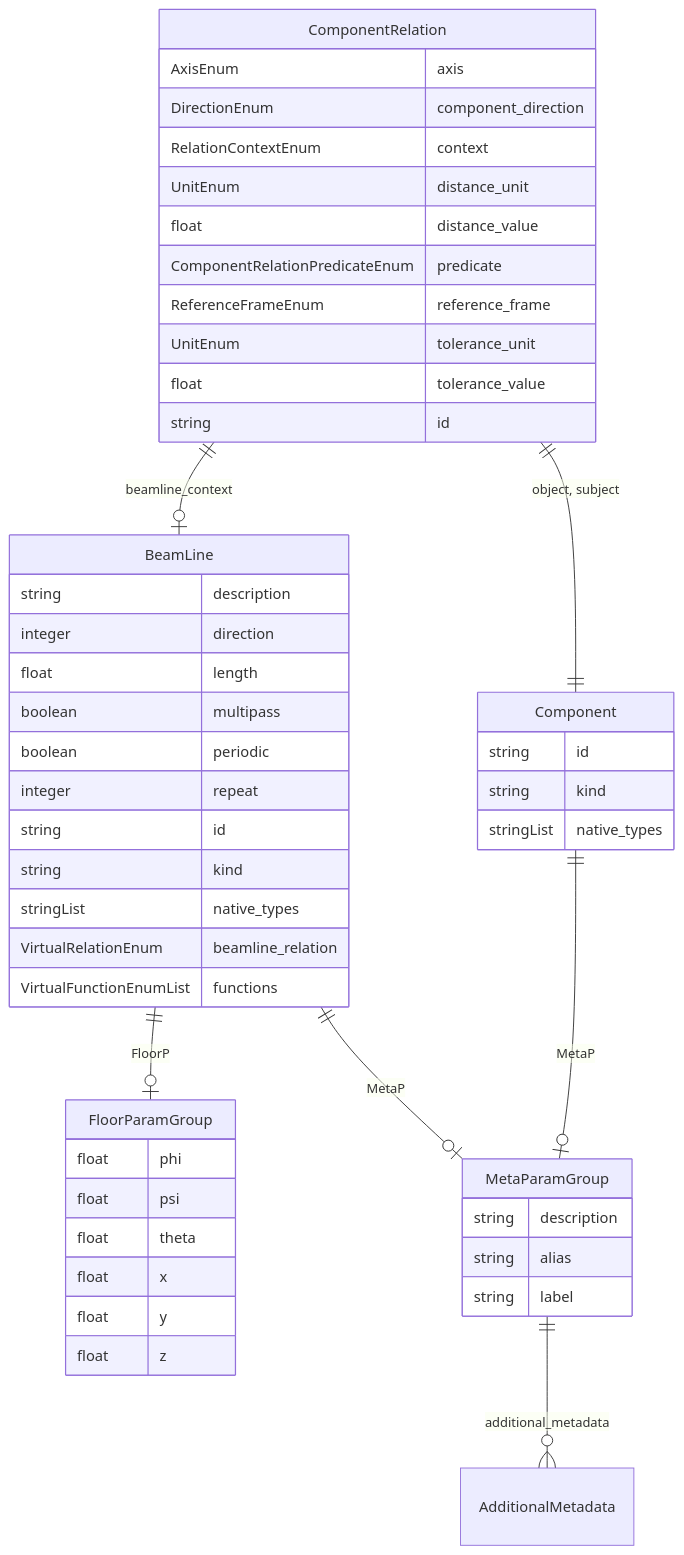
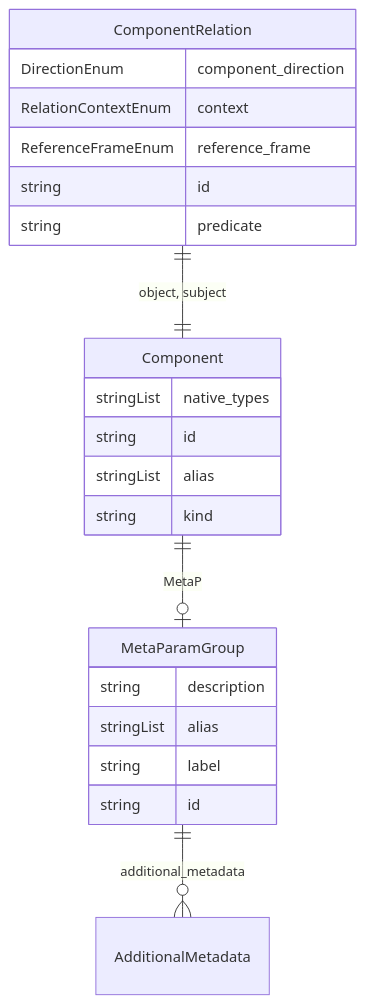
Before and after one commit to pals-project/pals-facility-config: the diagram in docs/elements/classes/ComponentRelation.md, drawn with Mermaid. The commit also changed other lines of this file and 499 other files, not shown here.

````diff
--- a/docs/elements/classes/ComponentRelation.md
+++ b/docs/elements/classes/ComponentRelation.md
@@ -15,54 +17,27 @@
 ```mermaid
 erDiagram
-BeamLine {
-    string description  
-    integer direction  
-    float length  
-    boolean multipass  
-    boolean periodic  
-    integer repeat  
+Component {
+    stringList native_types  
     string id  
+    stringList alias  
     string kind  
-    stringList native_types  
-    VirtualRelationEnum beamline_relation  
-    VirtualFunctionEnumList functions  
-}
-Component {
-    string id  
-    string kind  
-    stringList native_types  
 }
 ComponentRelation {
-    AxisEnum axis  
     DirectionEnum component_direction  
     RelationContextEnum context  
-    UnitEnum distance_unit  
-    float distance_value  
-    ComponentRelationPredicateEnum predicate  
     ReferenceFrameEnum reference_frame  
-    UnitEnum tolerance_unit  
-    float tolerance_value  
     string id  
-}
-FloorParamGroup {
-    float phi  
-    float psi  
-    float theta  
-    float x  
-    float y  
-    float z  
+    string predicate  
 }
 MetaParamGroup {
     string description  
-    string alias  
+    stringList alias  
     string label  
+    string id  
 }
 
-BeamLine ||--|o FloorParamGroup : "FloorP"
-BeamLine ||--|o MetaParamGroup : "MetaP"
 Component ||--|o MetaParamGroup : "MetaP"
-ComponentRelation ||--|o BeamLine : "beamline_context"
 ComponentRelation ||--|| Component : "object, subject"
 MetaParamGroup ||--}o AdditionalMetadata : "additional_metadata"
 
 ```
````
